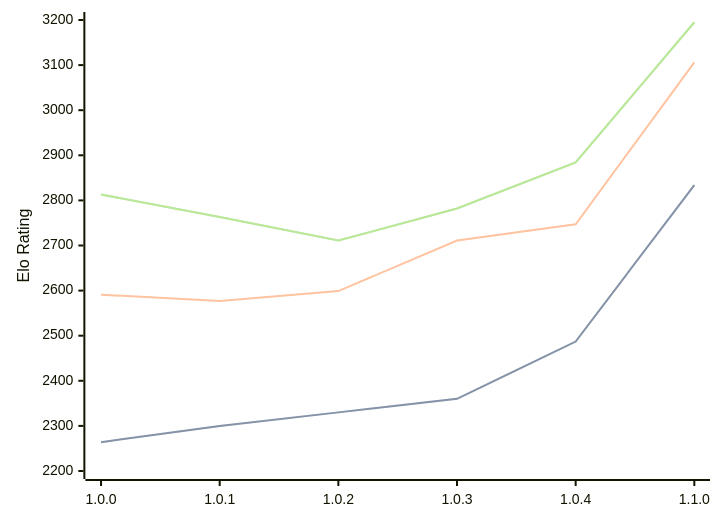
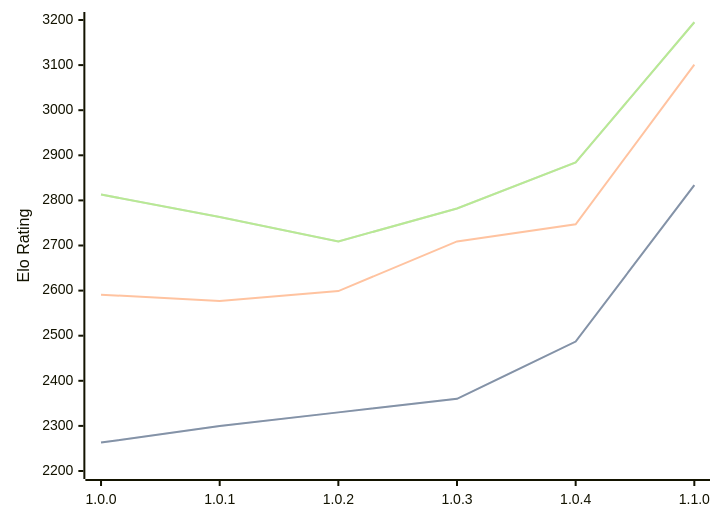
One commit to computer-chess-index/cci changed the diagram in engines/Grail.md. Above: the diagram before and after it, drawn with Mermaid. The commit also changed other lines of this file, not shown here.

Commit message:
Update CCI Ratings (ELO VLTC) - 2026-03-25

````diff
--- a/engines/Grail.md
+++ b/engines/Grail.md
@@ -36,11 +36,11 @@
 ```mermaid
 %%{init: {"theme":"base","themeVariables":{"seriesColors:['#a3a3a3','#222221','#faa371']}}}%%
 xychart-beta
   x-axis ["1.0.0", "1.0.1", "1.0.2", "1.0.3", "1.0.4", "1.1.0"]
   y-axis "Elo Rating" 2200 --> 3200
-  line "STC (8.0+0.08s)" [2264, 2300, 2330, 2360, 2487, 2834]
-  line "STC (8.0+0.08s)" [2264, 2300, 2330, 2360, 2487, 2834]
-  line "LTC (60.0+0.60s)" [2591, 2577, 2599, 2711, 2747, 3106]
-  line "VLTC (2m24s+1.12s)" [2813, 2763, 2711, 2782, 2884, 3195]
-  line "VLTC (2m24s+1.12s)" [2813, 2763, 2711, 2782, 2884, 3195]
+  line "STC (8.0+0.08s)" [2263, 2300, 2330, 2360, 2487, 2834]
+  line "STC (8.0+0.08s)" [2263, 2300, 2330, 2360, 2487, 2834]
+  line "LTC (60.0+0.60s)" [2591, 2577, 2599, 2709, 2747, 3101]
+  line "VLTC (2m24s+1.12s)" [2813, 2763, 2709, 2782, 2884, 3195]
+  line "VLTC (2m24s+1.12s)" [2813, 2763, 2709, 2782, 2884, 3195]
 ```
````
